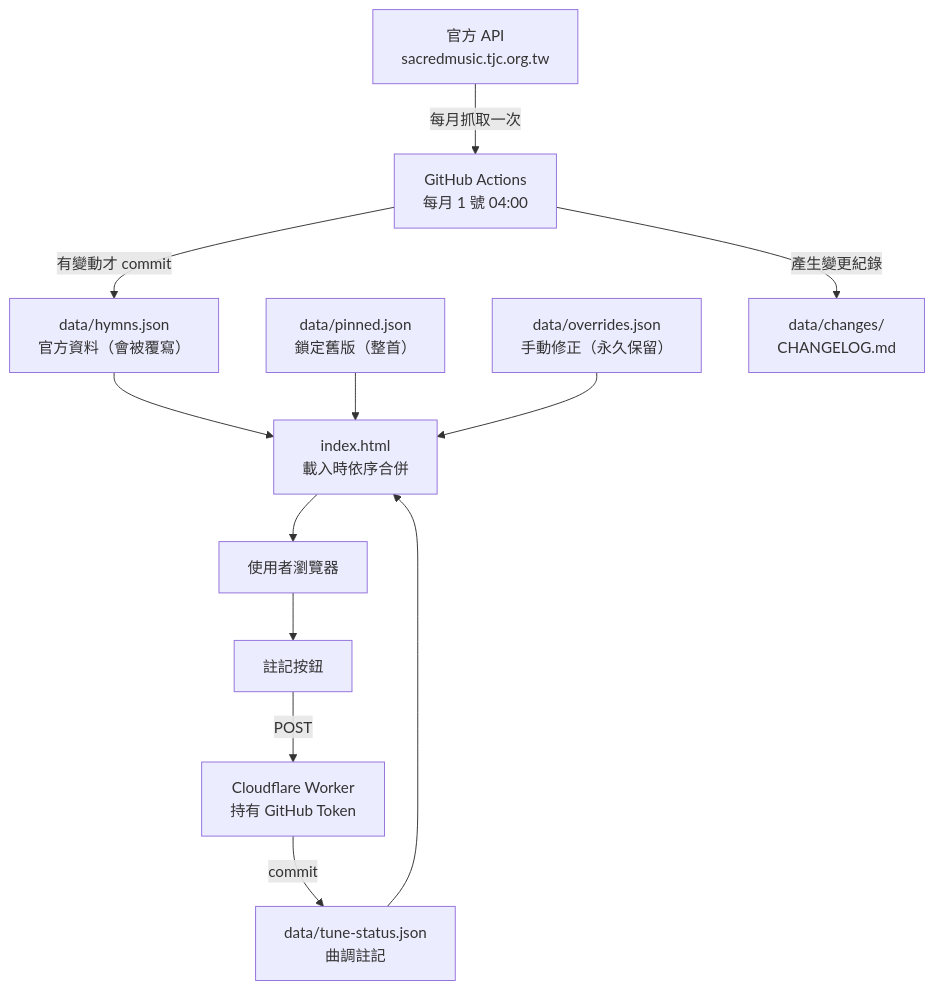
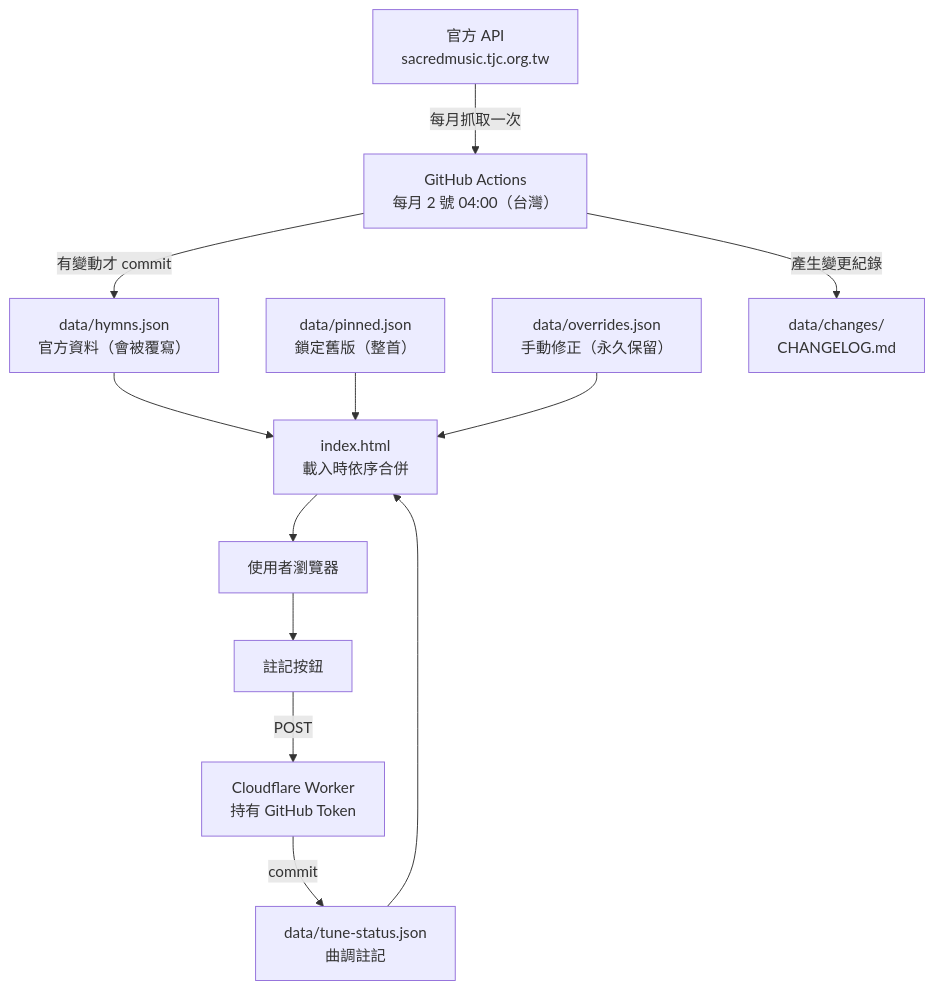
One commit to TJC-KM/hymns changed the diagram in README.md. Above: the diagram before and after it, drawn with Mermaid. The commit also changed other lines of this file, not shown here.

````diff
--- a/README.md
+++ b/README.md
@@ -107,25 +107,25 @@
 ```mermaid
 flowchart TD
     API["官方 API<br/>sacredmusic.tjc.org.tw"]
-    WF["GitHub Actions<br/>每月 1 號 04:00"]
+    WF["GitHub Actions<br/>每月 2 號 04:00（台灣）"]
     HJ["data/hymns.json<br/>官方資料（會被覆寫）"]
     PN["data/pinned.json<br/>鎖定舊版（整首）"]
     OV["data/overrides.json<br/>手動修正（永久保留）"]
     TS["data/tune-status.json<br/>曲調註記"]
     WEB["index.html<br/>載入時依序合併"]
     USER["使用者瀏覽器"]
     BTN["註記按鈕"]
     CF["Cloudflare Worker<br/>持有 GitHub Token"]
 
     API -->|每月抓取一次| WF
     WF -->|有變動才 commit| HJ
     WF -->|產生變更紀錄| CHG["data/changes/<br/>CHANGELOG.md"]
     HJ --> WEB
     PN --> WEB
     OV --> WEB
     TS --> WEB
     WEB --> USER
     USER --> BTN
     BTN -->|POST| CF
     CF -->|commit| TS
 ```
````
